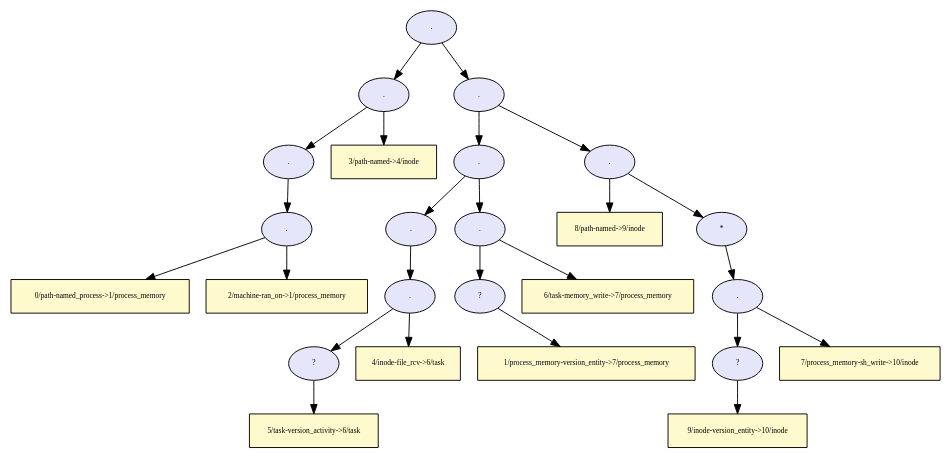
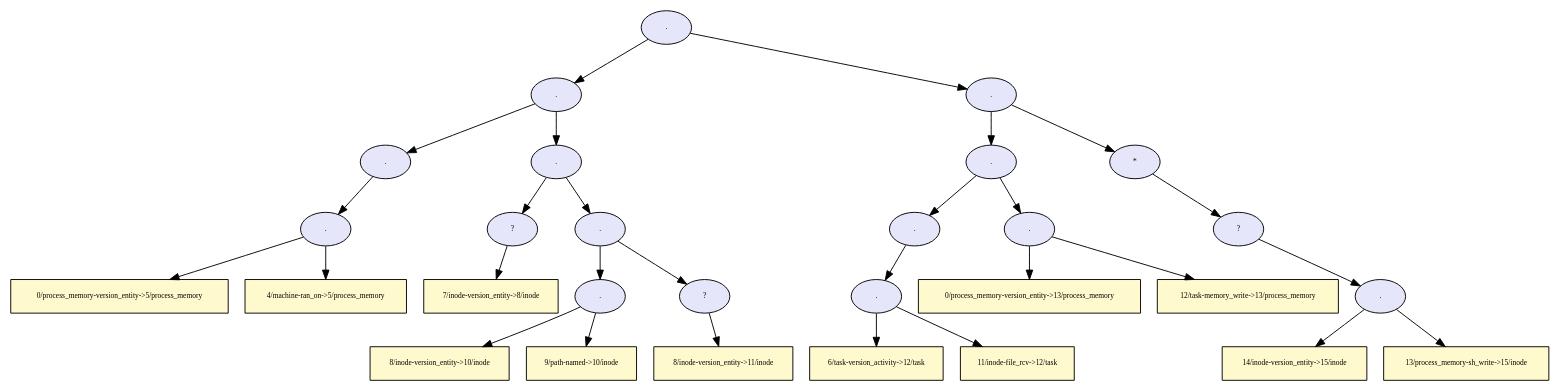
The diagram in dot/provenance_file_receive_tree.dot (TinkerBellSystem/graph-matching), drawn with Graphviz before and after one commit. The commit also changed 70 other files, not shown here.

```diff
--- a/dot/provenance_file_receive_tree.dot
+++ b/dot/provenance_file_receive_tree.dot
@@ -1,99 +1,115 @@
-digraph RGL__DirectedAdjacencyGraph {24[fontsize = 8,label = ".",shape = ellipse, fillcolor="#e6e6fa", style = filled]
+digraph RGL__DirectedAdjacencyGraph {31[fontsize = 8,label = ".",shape = ellipse, fillcolor="#e6e6fa", style = filled]
 
-24 -> 5[fontsize = 8, color="#000000"]
+31 -> 16[fontsize = 8, color="#000000"]
+
+16[fontsize = 8,label = ".",shape = ellipse, fillcolor="#e6e6fa", style = filled]
+
+16 -> 6[fontsize = 8, color="#000000"]
+
+6[fontsize = 8,label = ".",shape = ellipse, fillcolor="#e6e6fa", style = filled]
+
+6 -> 5[fontsize = 8, color="#000000"]
 
 5[fontsize = 8,label = ".",shape = ellipse, fillcolor="#e6e6fa", style = filled]
 
 5 -> 3[fontsize = 8, color="#000000"]
 
-3[fontsize = 8,label = ".",shape = ellipse, fillcolor="#e6e6fa", style = filled]
-
-3 -> 2[fontsize = 8, color="#000000"]
-
-2[fontsize = 8,label = ".",shape = ellipse, fillcolor="#e6e6fa", style = filled]
-
-2 -> 0[fontsize = 8, color="#000000"]
-
-0[fontsize = 8,label = "0/path-named_process->1/process_memory",shape = rectangle, fillcolor="#fffacd", style = filled]
-
-2 -> 1[fontsize = 8, color="#000000"]
-
-1[fontsize = 8,label = "2/machine-ran_on->1/process_memory",shape = rectangle, fillcolor="#fffacd", style = filled]
+3[fontsize = 8,label = "0/process_memory-version_entity->5/process_memory",shape = rectangle, fillcolor="#fffacd", style = filled]
 
 5 -> 4[fontsize = 8, color="#000000"]
 
-4[fontsize = 8,label = "3/path-named->4/inode",shape = rectangle, fillcolor="#fffacd", style = filled]
+4[fontsize = 8,label = "4/machine-ran_on->5/process_memory",shape = rectangle, fillcolor="#fffacd", style = filled]
+
+16 -> 15[fontsize = 8, color="#000000"]
+
+15[fontsize = 8,label = ".",shape = ellipse, fillcolor="#e6e6fa", style = filled]
+
+15 -> 8[fontsize = 8, color="#000000"]
+
+8[fontsize = 8,label = "?",shape = ellipse, fillcolor="#e6e6fa", style = filled]
+
+8 -> 7[fontsize = 8, color="#000000"]
+
+7[fontsize = 8,label = "7/inode-version_entity->8/inode",shape = rectangle, fillcolor="#fffacd", style = filled]
+
+15 -> 14[fontsize = 8, color="#000000"]
+
+14[fontsize = 8,label = ".",shape = ellipse, fillcolor="#e6e6fa", style = filled]
+
+14 -> 11[fontsize = 8, color="#000000"]
+
+11[fontsize = 8,label = ".",shape = ellipse, fillcolor="#e6e6fa", style = filled]
+
+11 -> 9[fontsize = 8, color="#000000"]
+
+9[fontsize = 8,label = "8/inode-version_entity->10/inode",shape = rectangle, fillcolor="#fffacd", style = filled]
+
+11 -> 10[fontsize = 8, color="#000000"]
+
+10[fontsize = 8,label = "9/path-named->10/inode",shape = rectangle, fillcolor="#fffacd", style = filled]
+
+14 -> 13[fontsize = 8, color="#000000"]
+
+13[fontsize = 8,label = "?",shape = ellipse, fillcolor="#e6e6fa", style = filled]
+
+13 -> 12[fontsize = 8, color="#000000"]
+
+12[fontsize = 8,label = "8/inode-version_entity->11/inode",shape = rectangle, fillcolor="#fffacd", style = filled]
+
+31 -> 30[fontsize = 8, color="#000000"]
+
+30[fontsize = 8,label = ".",shape = ellipse, fillcolor="#e6e6fa", style = filled]
+
+30 -> 24[fontsize = 8, color="#000000"]
+
+24[fontsize = 8,label = ".",shape = ellipse, fillcolor="#e6e6fa", style = filled]
+
+24 -> 20[fontsize = 8, color="#000000"]
+
+20[fontsize = 8,label = ".",shape = ellipse, fillcolor="#e6e6fa", style = filled]
+
+20 -> 19[fontsize = 8, color="#000000"]
+
+19[fontsize = 8,label = ".",shape = ellipse, fillcolor="#e6e6fa", style = filled]
+
+19 -> 17[fontsize = 8, color="#000000"]
+
+17[fontsize = 8,label = "6/task-version_activity->12/task",shape = rectangle, fillcolor="#fffacd", style = filled]
+
+19 -> 18[fontsize = 8, color="#000000"]
+
+18[fontsize = 8,label = "11/inode-file_rcv->12/task",shape = rectangle, fillcolor="#fffacd", style = filled]
 
 24 -> 23[fontsize = 8, color="#000000"]
 
 23[fontsize = 8,label = ".",shape = ellipse, fillcolor="#e6e6fa", style = filled]
 
-23 -> 15[fontsize = 8, color="#000000"]
+23 -> 21[fontsize = 8, color="#000000"]
 
-15[fontsize = 8,label = ".",shape = ellipse, fillcolor="#e6e6fa", style = filled]
-
-15 -> 10[fontsize = 8, color="#000000"]
-
-10[fontsize = 8,label = ".",shape = ellipse, fillcolor="#e6e6fa", style = filled]
-
-10 -> 9[fontsize = 8, color="#000000"]
-
-9[fontsize = 8,label = ".",shape = ellipse, fillcolor="#e6e6fa", style = filled]
-
-9 -> 7[fontsize = 8, color="#000000"]
-
-7[fontsize = 8,label = "?",shape = ellipse, fillcolor="#e6e6fa", style = filled]
-
-7 -> 6[fontsize = 8, color="#000000"]
-
-6[fontsize = 8,label = "5/task-version_activity->6/task",shape = rectangle, fillcolor="#fffacd", style = filled]
-
-9 -> 8[fontsize = 8, color="#000000"]
-
-8[fontsize = 8,label = "4/inode-file_rcv->6/task",shape = rectangle, fillcolor="#fffacd", style = filled]
-
-15 -> 14[fontsize = 8, color="#000000"]
-
-14[fontsize = 8,label = ".",shape = ellipse, fillcolor="#e6e6fa", style = filled]
-
-14 -> 12[fontsize = 8, color="#000000"]
-
-12[fontsize = 8,label = "?",shape = ellipse, fillcolor="#e6e6fa", style = filled]
-
-12 -> 11[fontsize = 8, color="#000000"]
-
-11[fontsize = 8,label = "1/process_memory-version_entity->7/process_memory",shape = rectangle, fillcolor="#fffacd", style = filled]
-
-14 -> 13[fontsize = 8, color="#000000"]
-
-13[fontsize = 8,label = "6/task-memory_write->7/process_memory",shape = rectangle, fillcolor="#fffacd", style = filled]
+21[fontsize = 8,label = "0/process_memory-version_entity->13/process_memory",shape = rectangle, fillcolor="#fffacd", style = filled]
 
 23 -> 22[fontsize = 8, color="#000000"]
 
-22[fontsize = 8,label = ".",shape = ellipse, fillcolor="#e6e6fa", style = filled]
+22[fontsize = 8,label = "12/task-memory_write->13/process_memory",shape = rectangle, fillcolor="#fffacd", style = filled]
 
-22 -> 16[fontsize = 8, color="#000000"]
+30 -> 29[fontsize = 8, color="#000000"]
 
-16[fontsize = 8,label = "8/path-named->9/inode",shape = rectangle, fillcolor="#fffacd", style = filled]
+29[fontsize = 8,label = "*",shape = ellipse, fillcolor="#e6e6fa", style = filled]
 
-22 -> 21[fontsize = 8, color="#000000"]
+29 -> 28[fontsize = 8, color="#000000"]
 
-21[fontsize = 8,label = "*",shape = ellipse, fillcolor="#e6e6fa", style = filled]
+28[fontsize = 8,label = "?",shape = ellipse, fillcolor="#e6e6fa", style = filled]
 
-21 -> 20[fontsize = 8, color="#000000"]
+28 -> 27[fontsize = 8, color="#000000"]
 
-20[fontsize = 8,label = ".",shape = ellipse, fillcolor="#e6e6fa", style = filled]
+27[fontsize = 8,label = ".",shape = ellipse, fillcolor="#e6e6fa", style = filled]
 
-20 -> 18[fontsize = 8, color="#000000"]
+27 -> 25[fontsize = 8, color="#000000"]
 
-18[fontsize = 8,label = "?",shape = ellipse, fillcolor="#e6e6fa", style = filled]
+25[fontsize = 8,label = "14/inode-version_entity->15/inode",shape = rectangle, fillcolor="#fffacd", style = filled]
 
-18 -> 17[fontsize = 8, color="#000000"]
+27 -> 26[fontsize = 8, color="#000000"]
 
-17[fontsize = 8,label = "9/inode-version_entity->10/inode",shape = rectangle, fillcolor="#fffacd", style = filled]
-
-20 -> 19[fontsize = 8, color="#000000"]
-
-19[fontsize = 8,label = "7/process_memory-sh_write->10/inode",shape = rectangle, fillcolor="#fffacd", style = filled]
+26[fontsize = 8,label = "13/process_memory-sh_write->15/inode",shape = rectangle, fillcolor="#fffacd", style = filled]
 
 }
```
